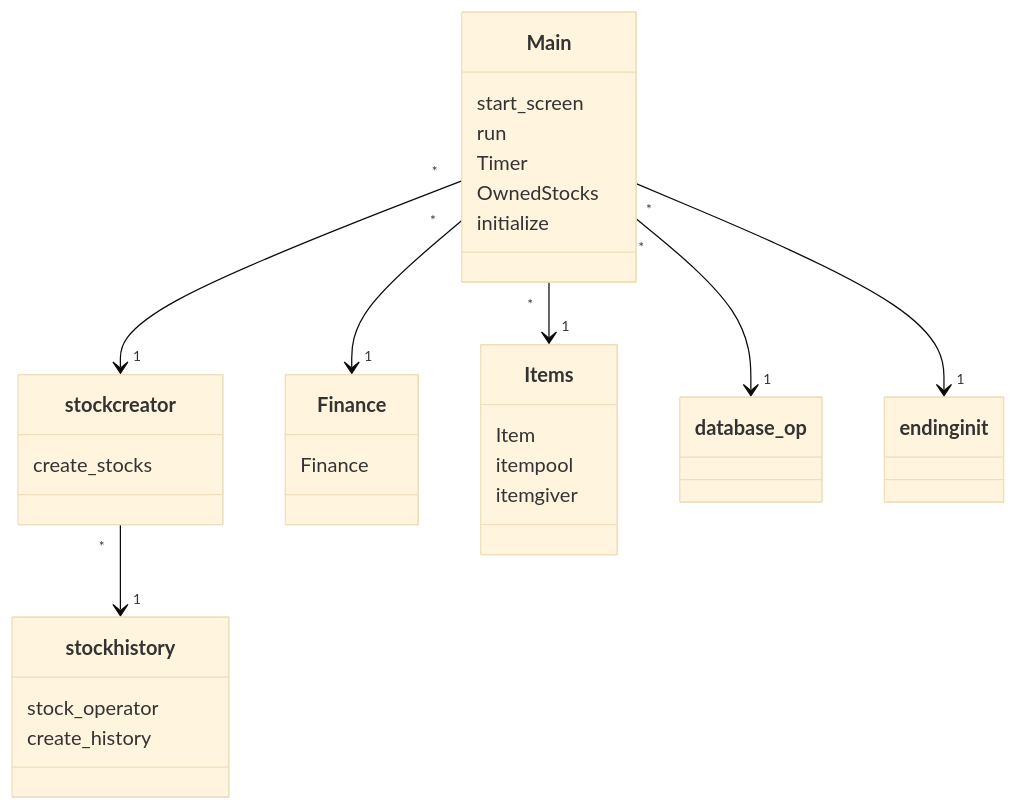
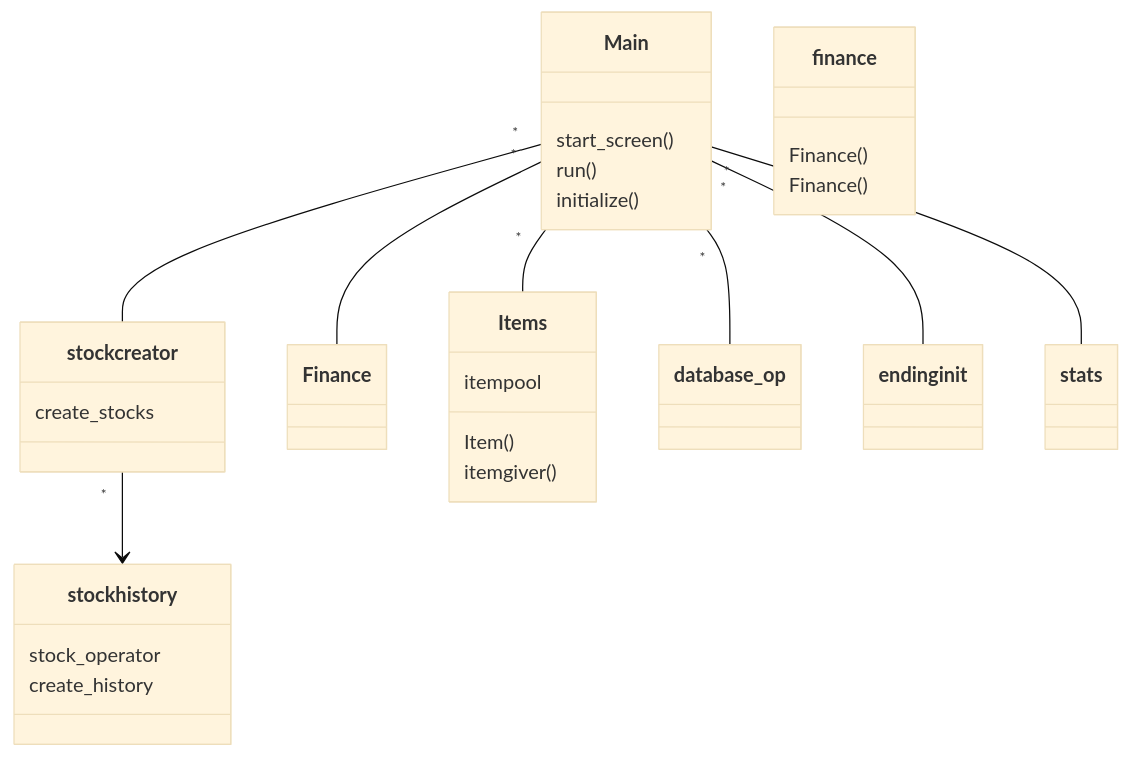
Before and after one commit to sepaww/ot-harjoitustyo: the second of 6 diagrams in dokumentaatio/arkkitehtuuri.md, drawn with Mermaid (base theme). The commit also changed other lines of this file, not shown here.

````diff
--- a/dokumentaatio/arkkitehtuuri.md
+++ b/dokumentaatio/arkkitehtuuri.md
@@ -76,37 +96,38 @@
  ```mermaid
  classDiagram
-      Main "*" --> "1" stockcreator
-       Main "*" --> "1" Finance
-        Main "*" --> "1" Items
-         Main "*" --> "1" database_op
-         Main "*" --> "1" endinginit
+      Main "*" -- stockcreator
+       Main "*" -- Finance
+        Main "*" -- Items
+         Main "*" -- database_op
+         Main "*" -- endinginit
+         Main "*" -- stats
       class Main{
-          start_screen
-          run
-          Timer
-          OwnedStocks
-          initialize
+          start_screen()
+          run()
+          initialize()
       }
       class Items{
-          Item
+          Item()
           itempool
-          itemgiver
+          itemgiver()
       }
-      stockcreator "*" --> "1" stockhistory
+      stockcreator "*" -->  stockhistory
       class stockcreator{
           create_stocks
           
       }
       
       class stockhistory{
           stock_operator
           create_history
           
       }
       
-      class Finance{
-          Finance
+      class finance{
+          Finance()
+      }
+      class finance{
+          Finance()
       }
       
-      
 ```
````
